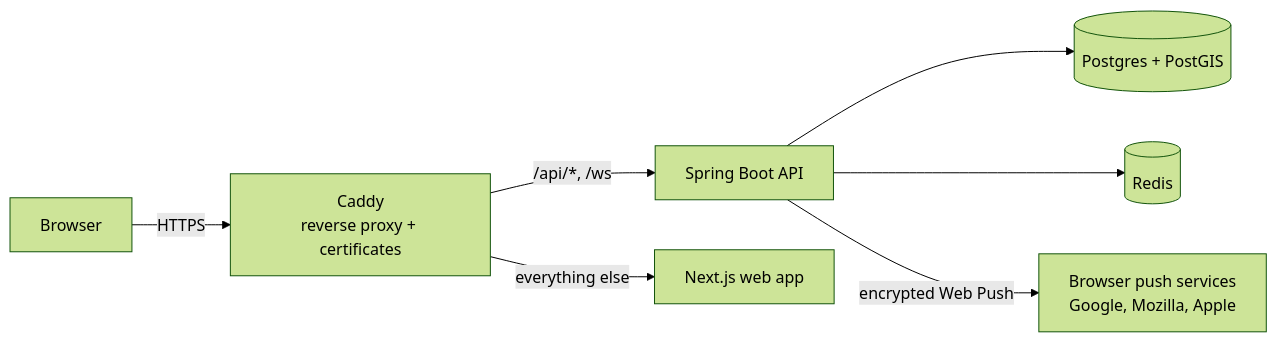
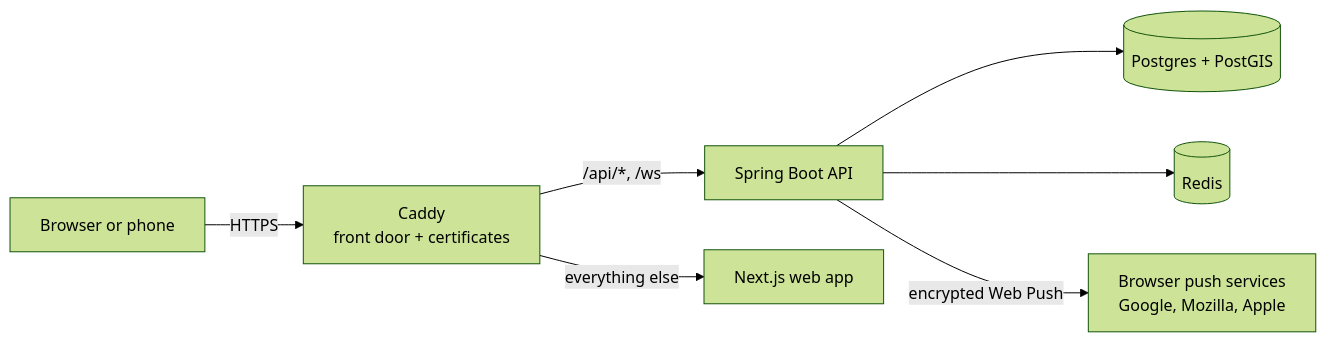
The diagram in README.md (ShauryaaSharma/Namastute), drawn with Mermaid (forest theme) before and after one commit. The commit also changed other lines of this file and 3 other files, not shown here.

````diff
--- a/README.md
+++ b/README.md
@@ -27,9 +66,9 @@
 ```mermaid
 flowchart LR
-    B[Browser] -->|HTTPS| C[Caddy<br/>reverse proxy + certificates]
+    B[Browser or phone] -->|HTTPS| C[Caddy<br/>front door + certificates]
     C -->|"/api/*, /ws"| A[Spring Boot API]
     C -->|everything else| W[Next.js web app]
     A --> P[(Postgres + PostGIS)]
     A --> R[(Redis)]
     A -->|encrypted Web Push| N[Browser push services<br/>Google, Mozilla, Apple]
 ```
````
